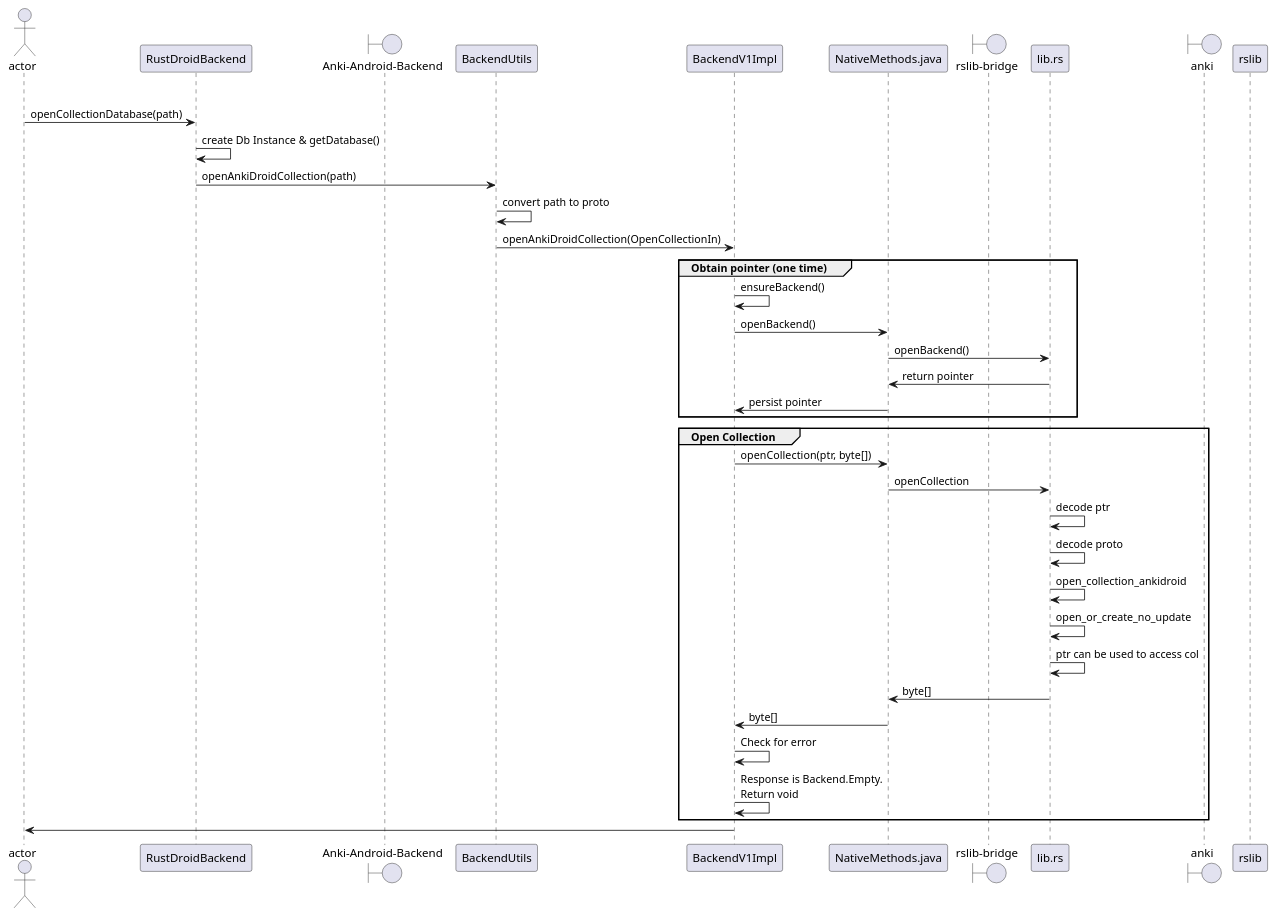
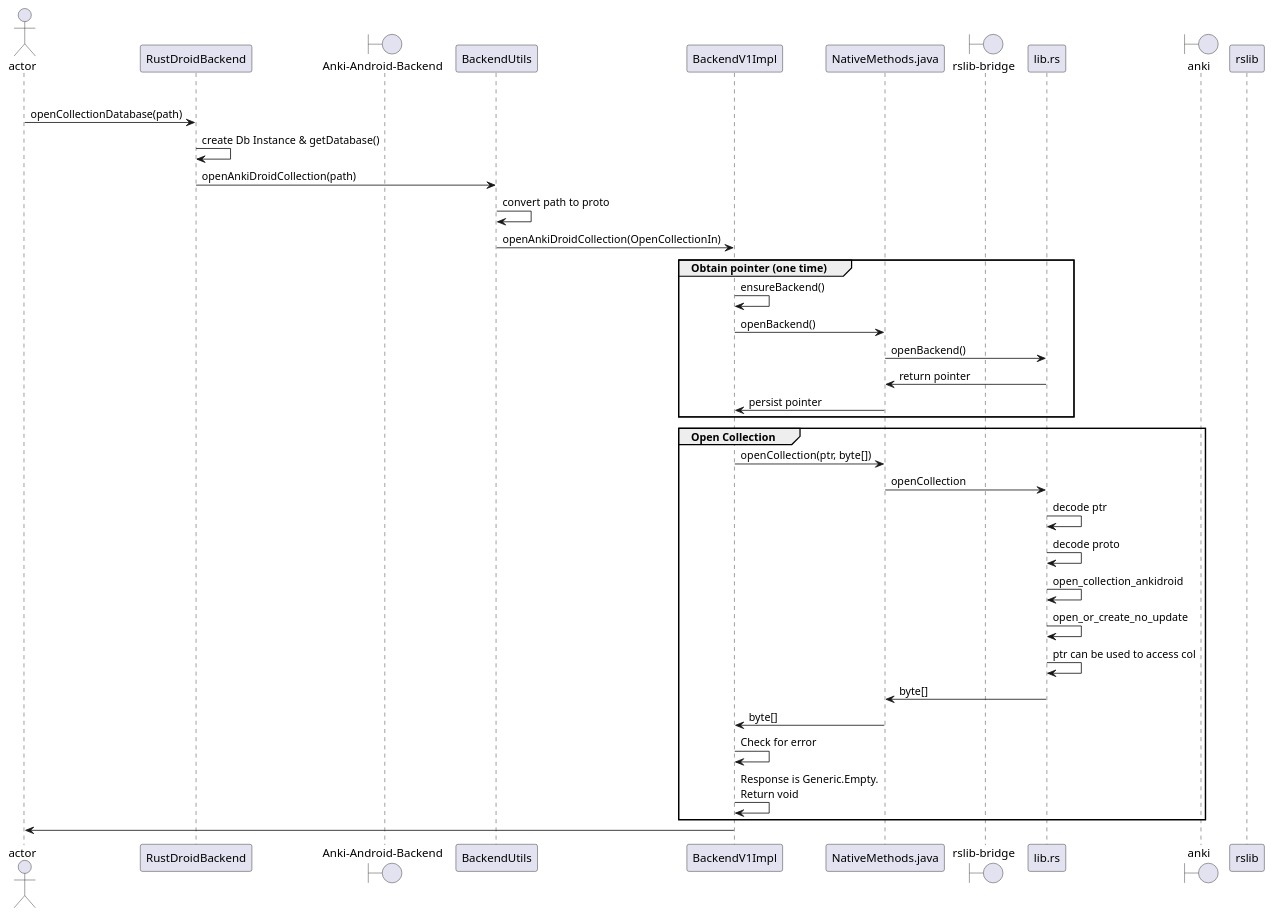
The diagram in docs/source/sequence_open_collection.plantuml (ankidroid/Anki-Android-Backend), drawn with PlantUML before and after one commit. The commit also changed 46 other files, not shown here.

```diff
--- a/docs/source/sequence_open_collection.plantuml
+++ b/docs/source/sequence_open_collection.plantuml
@@ -1,45 +1,45 @@
 @startuml
 actor       actor       as user
 participant RustDroidBackend as RustDroidBackend
 boundary "Anki-Android-Backend"
 participant BackendUtils
 participant BackendV1Impl as RustBackend
 participant    NativeMethods.java    as NativeMethods
 boundary "rslib-bridge"
 participant lib.rs as rslibbridge
 boundary "anki"
 participant rslib as anki_backend
 group Anki-Android
 
 
 user -> RustDroidBackend : openCollectionDatabase(path) 
 RustDroidBackend -> RustDroidBackend: create Db Instance & getDatabase()
 RustDroidBackend -> BackendUtils : openAnkiDroidCollection(path)
 BackendUtils -> BackendUtils: convert path to proto
 BackendUtils -> RustBackend : openAnkiDroidCollection(OpenCollectionIn)
 
     group Obtain pointer (one time)
     RustBackend -> RustBackend: ensureBackend()
     RustBackend -> NativeMethods: openBackend()
     NativeMethods -> rslibbridge: openBackend()
     rslibbridge -> NativeMethods: return pointer
     NativeMethods -> RustBackend: persist pointer
     end
 
     group Open Collection
     RustBackend -> NativeMethods: openCollection(ptr, byte[])
     NativeMethods -> rslibbridge: openCollection
     rslibbridge -> rslibbridge: decode ptr
     rslibbridge -> rslibbridge: decode proto
     rslibbridge -> rslibbridge: open_collection_ankidroid
     rslibbridge -> rslibbridge: open_or_create_no_update
     rslibbridge -> rslibbridge: ptr can be used to access col
     rslibbridge -> NativeMethods: byte[]
     NativeMethods -> RustBackend: byte[]
     RustBackend -> RustBackend: Check for error
-    RustBackend -> RustBackend: Response is Backend.Empty.\nReturn void
+    RustBackend -> RustBackend: Response is Generic.Empty.\nReturn void
     end
     
 RustBackend -> user
 
 @enduml
```
